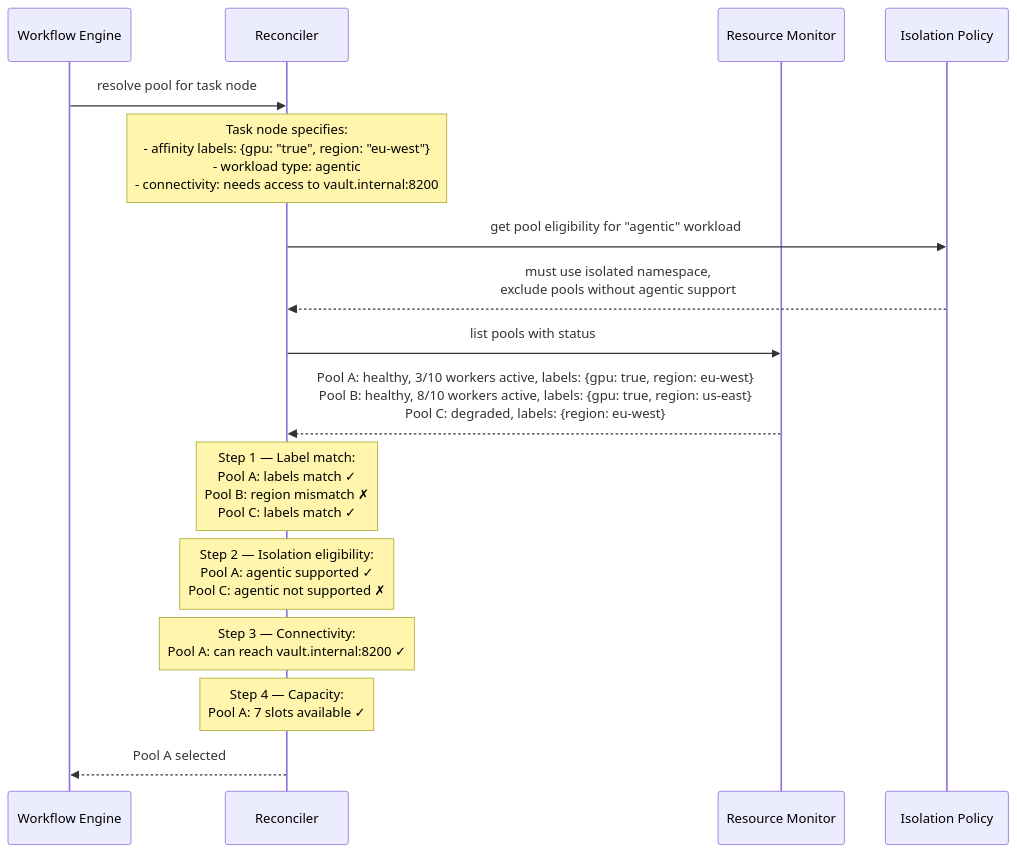
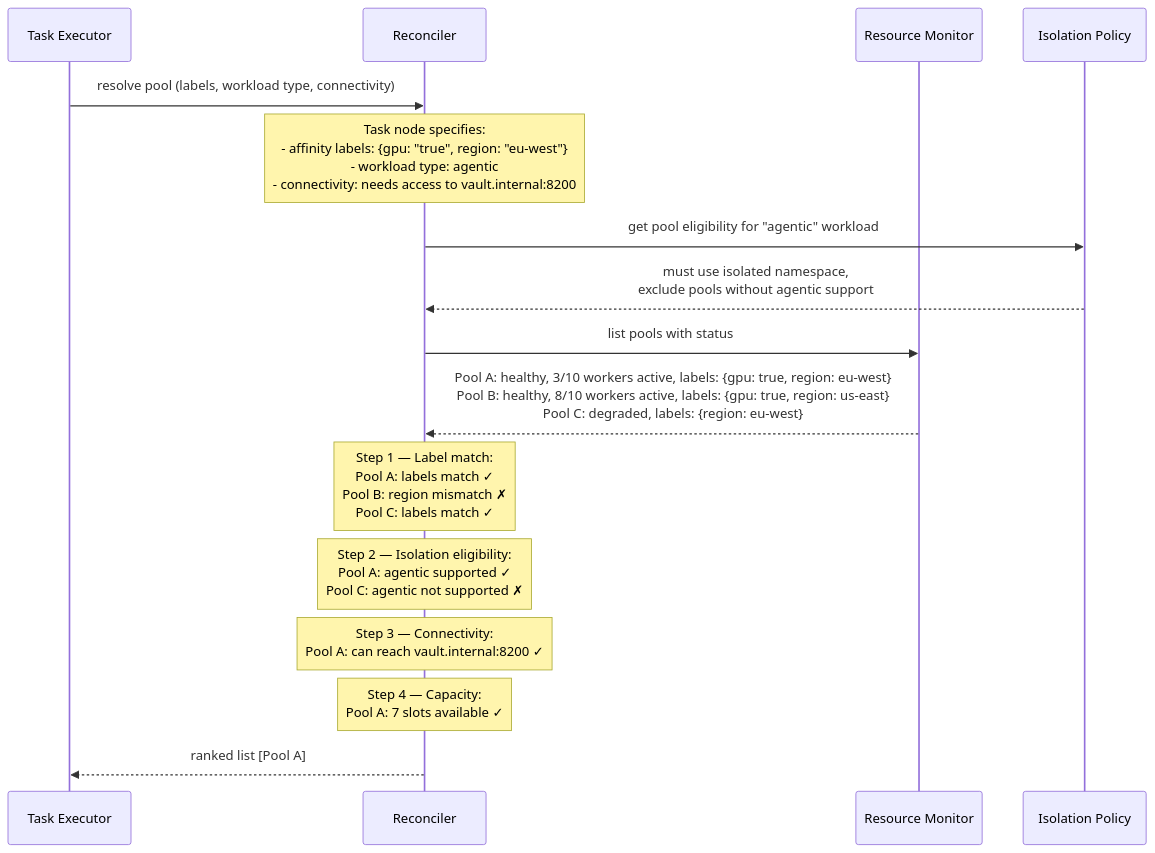
Before and after one commit to manstis/syntara: the third of 7 diagrams in backend/docs/execution-plane.md, drawn with Mermaid. The commit also changed other lines of this file, not shown here.

Commit message:
chore: Update to include TaskExecutor

````diff
--- a/backend/docs/execution-plane.md
+++ b/backend/docs/execution-plane.md
@@ -251,27 +278,27 @@
 ```mermaid
 sequenceDiagram
-    participant WE as Workflow Engine
+    participant TE as Task Executor
     participant R as Reconciler
     participant RM as Resource Monitor
     participant IP as Isolation Policy
 
-    WE->>R: resolve pool for task node
+    TE->>R: resolve pool (labels, workload type, connectivity)
 
     Note over R: Task node specifies:<br/>- affinity labels: {gpu: "true", region: "eu-west"}<br/>- workload type: agentic<br/>- connectivity: needs access to vault.internal:8200
 
     R->>IP: get pool eligibility for "agentic" workload
     IP-->>R: must use isolated namespace,<br/>exclude pools without agentic support
 
     R->>RM: list pools with status
     RM-->>R: Pool A: healthy, 3/10 workers active, labels: {gpu: true, region: eu-west}<br/>Pool B: healthy, 8/10 workers active, labels: {gpu: true, region: us-east}<br/>Pool C: degraded, labels: {region: eu-west}
 
     Note over R: Step 1 — Label match:<br/>Pool A: labels match ✓<br/>Pool B: region mismatch ✗<br/>Pool C: labels match ✓
 
     Note over R: Step 2 — Isolation eligibility:<br/>Pool A: agentic supported ✓<br/>Pool C: agentic not supported ✗
 
     Note over R: Step 3 — Connectivity:<br/>Pool A: can reach vault.internal:8200 ✓
 
     Note over R: Step 4 — Capacity:<br/>Pool A: 7 slots available ✓
 
-    R-->>WE: Pool A selected
+    R-->>TE: ranked list [Pool A]
 ```
````
